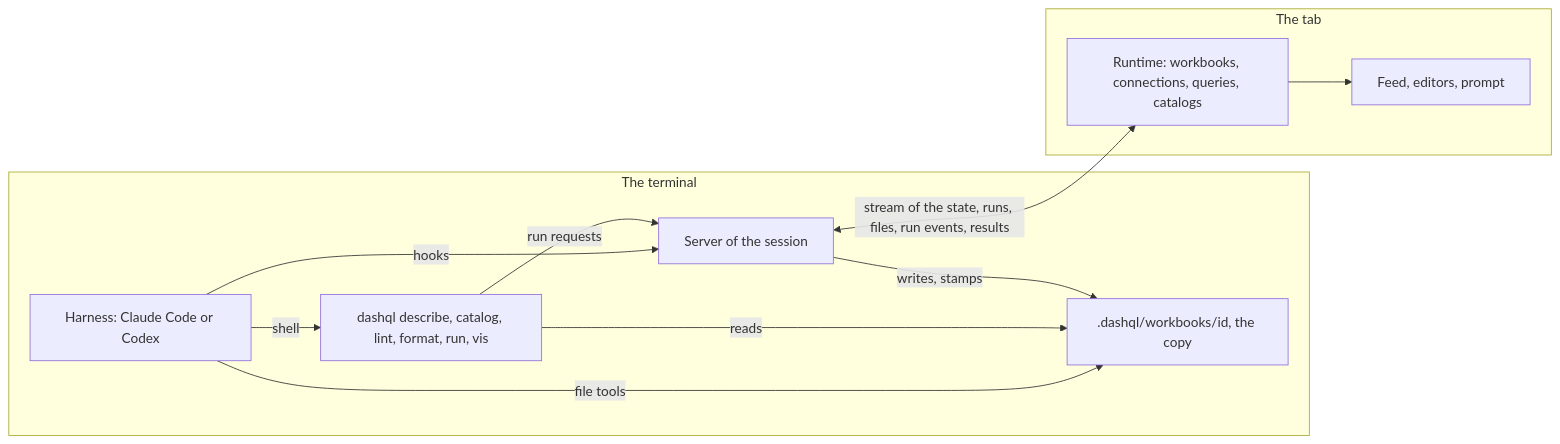
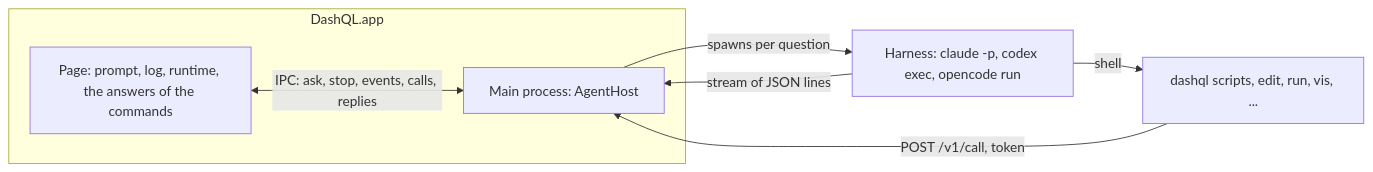
The diagram in docs/design/agent_integration.md (ankoh/dashql), drawn with Mermaid before and after one commit. The commit also changed other lines of this file and 11 other files, not shown here.

First line of the commit message:
Describe the agents of the desktop app

````diff
--- a/docs/design/agent_integration.md
+++ b/docs/design/agent_integration.md
@@ -22,17 +20,12 @@
 ```mermaid
 flowchart LR
-    subgraph Terminal[The terminal]
-        H["Harness: Claude Code or Codex"] -->|hooks| S["Server of the session"]
-        H -->|shell| C["dashql describe, catalog, lint, format, run, vis"]
-        H -->|file tools| F[".dashql/workbooks/id, the copy"]
-        C -->|reads| F
-        C -->|run requests| S
-        S -->|writes, stamps| F
+    subgraph App[DashQL.app]
+        P["Page: prompt, log, runtime, the answers of the commands"]
+        M["Main process: AgentHost"]
+        P <-->|IPC: ask, stop, events, calls, replies| M
     end
-    subgraph Tab[The tab]
-        R["Runtime: workbooks, connections, queries, catalogs"]
-        U["Feed, editors, prompt"]
-        R --> U
-    end
-    S <-->|stream of the state, runs, files, run events, results| R
+    M -->|"spawns per question"| H["Harness: claude -p, codex exec, opencode run"]
+    H -->|"stream of JSON lines"| M
+    H -->|shell| D["dashql scripts, edit, run, vis, ..."]
+    D -->|"POST /v1/call, token"| M
 ```
````
